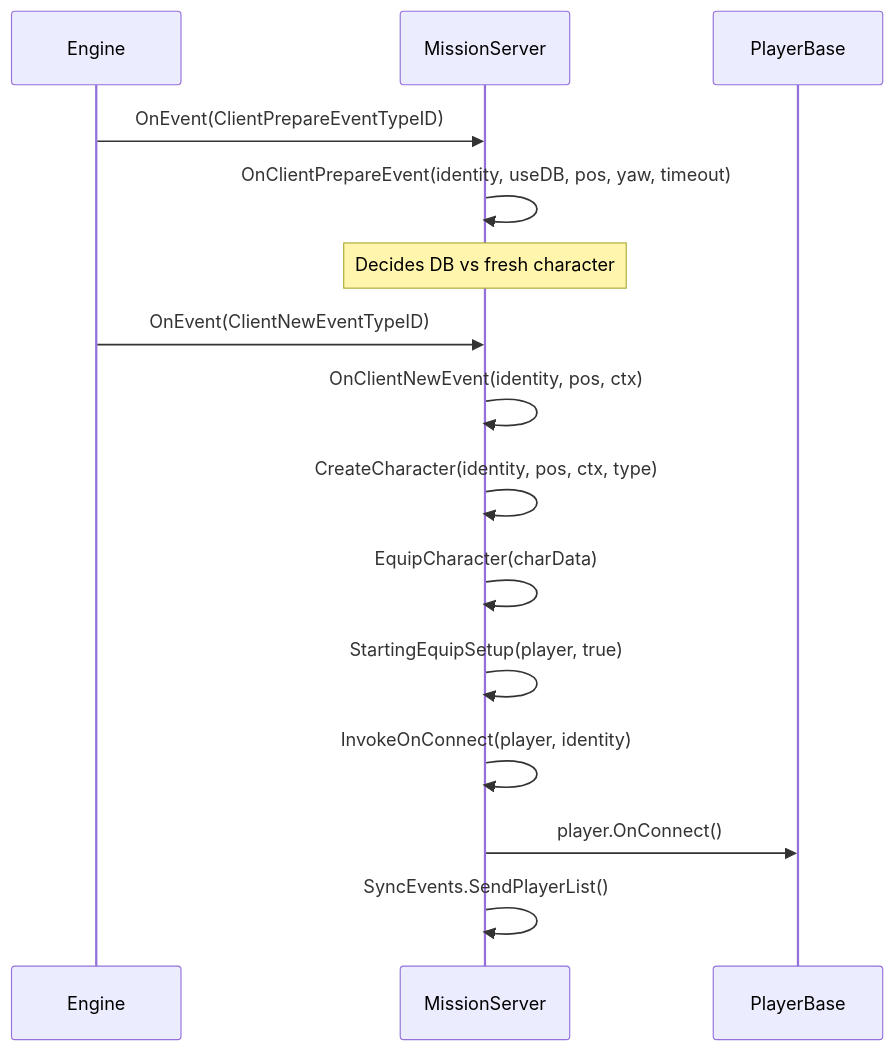
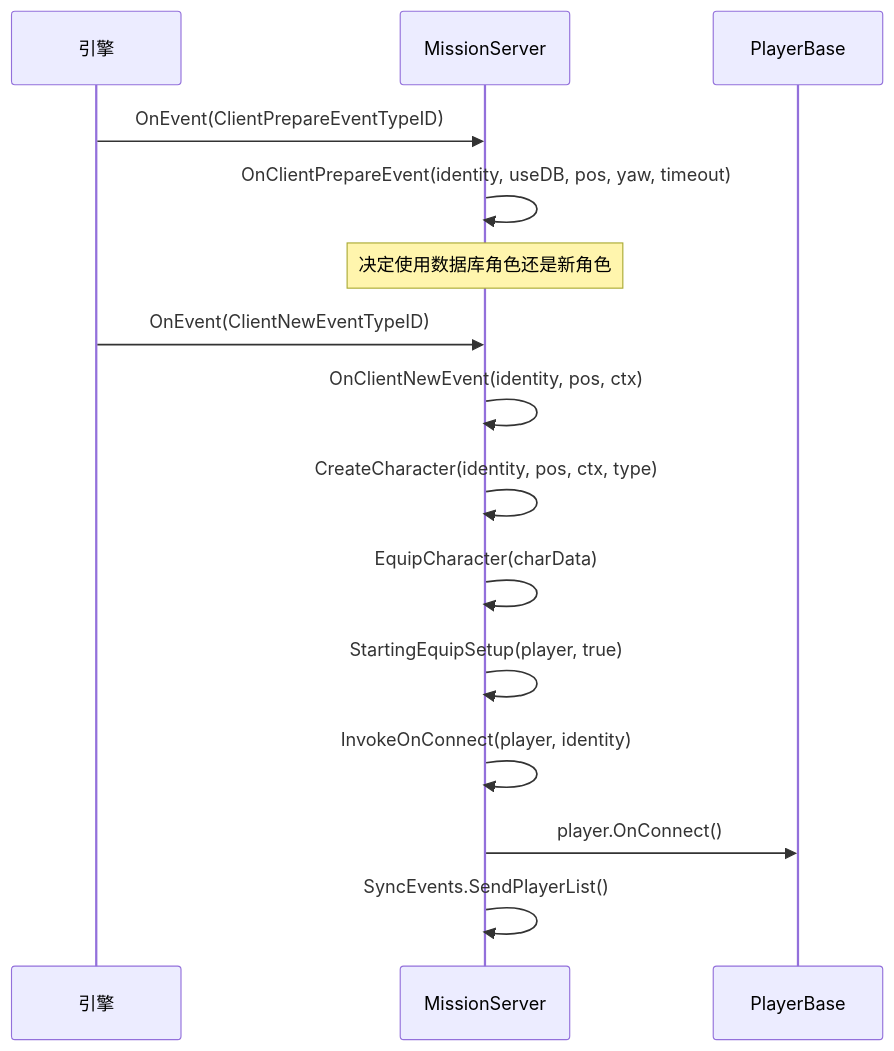
The third of 5 diagrams in zh-hans/06-engine-api/11-mission-hooks.md (StarDZ-Team/DayZ-Modding-Wiki), drawn with Mermaid before and after one commit. The commit also changed other lines of this file and 10 other files, not shown here.

````diff
--- a/zh-hans/06-engine-api/11-mission-hooks.md
+++ b/zh-hans/06-engine-api/11-mission-hooks.md
@@ -218,20 +218,20 @@
 ```mermaid
 sequenceDiagram
-    participant Engine
+    participant Engine as 引擎
     participant MS as MissionServer
     participant Player as PlayerBase
 
     Engine->>MS: OnEvent(ClientPrepareEventTypeID)
     MS->>MS: OnClientPrepareEvent(identity, useDB, pos, yaw, timeout)
-    Note over MS: Decides DB vs fresh character
+    Note over MS: 决定使用数据库角色还是新角色
 
     Engine->>MS: OnEvent(ClientNewEventTypeID)
     MS->>MS: OnClientNewEvent(identity, pos, ctx)
     MS->>MS: CreateCharacter(identity, pos, ctx, type)
     MS->>MS: EquipCharacter(charData)
     MS->>MS: StartingEquipSetup(player, true)
 
     MS->>MS: InvokeOnConnect(player, identity)
     MS->>Player: player.OnConnect()
     MS->>MS: SyncEvents.SendPlayerList()
 ```
````
